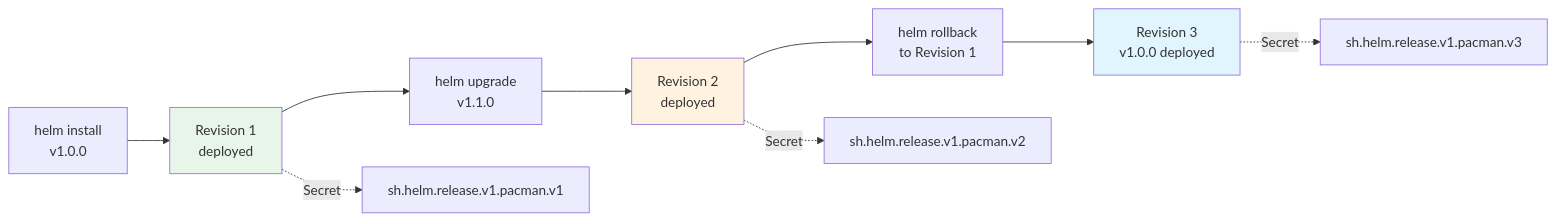
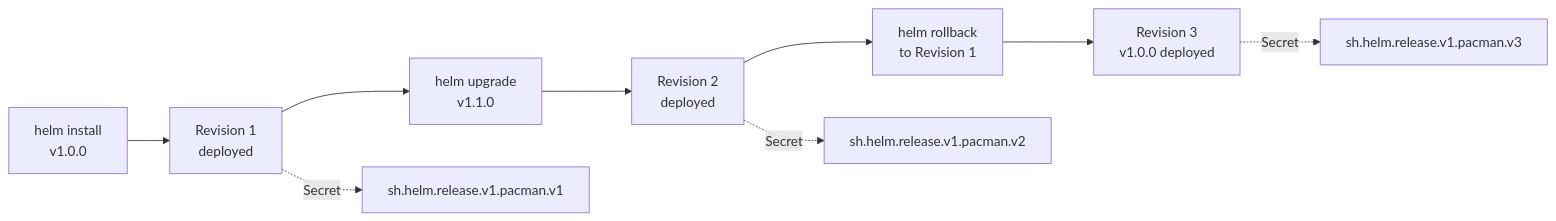
The second of 10 diagrams in docs/cicd/week2-helm-tekton.md (juwon8891/juwon8891.github.io), drawn with Mermaid before and after one commit. The commit also changed other lines of this file and 18 other files, not shown here.

Commit message:
Remove bright colors from Mermaid diagrams for dark mode compatibility

````diff
--- a/docs/cicd/week2-helm-tekton.md
+++ b/docs/cicd/week2-helm-tekton.md
@@ -279,16 +279,13 @@
 ```mermaid
 graph LR
     A[helm install<br/>v1.0.0] --> B[Revision 1<br/>deployed]
     B --> C[helm upgrade<br/>v1.1.0]
     C --> D[Revision 2<br/>deployed]
     D --> E[helm rollback<br/>to Revision 1]
     E --> F[Revision 3<br/>v1.0.0 deployed]
 
     B -.Secret.-> G[sh.helm.release.v1.pacman.v1]
     D -.Secret.-> H[sh.helm.release.v1.pacman.v2]
     F -.Secret.-> I[sh.helm.release.v1.pacman.v3]
 
-    style B fill:#e8f5e9
-    style D fill:#fff3e0
-    style F fill:#e1f5fe
 ```
````
